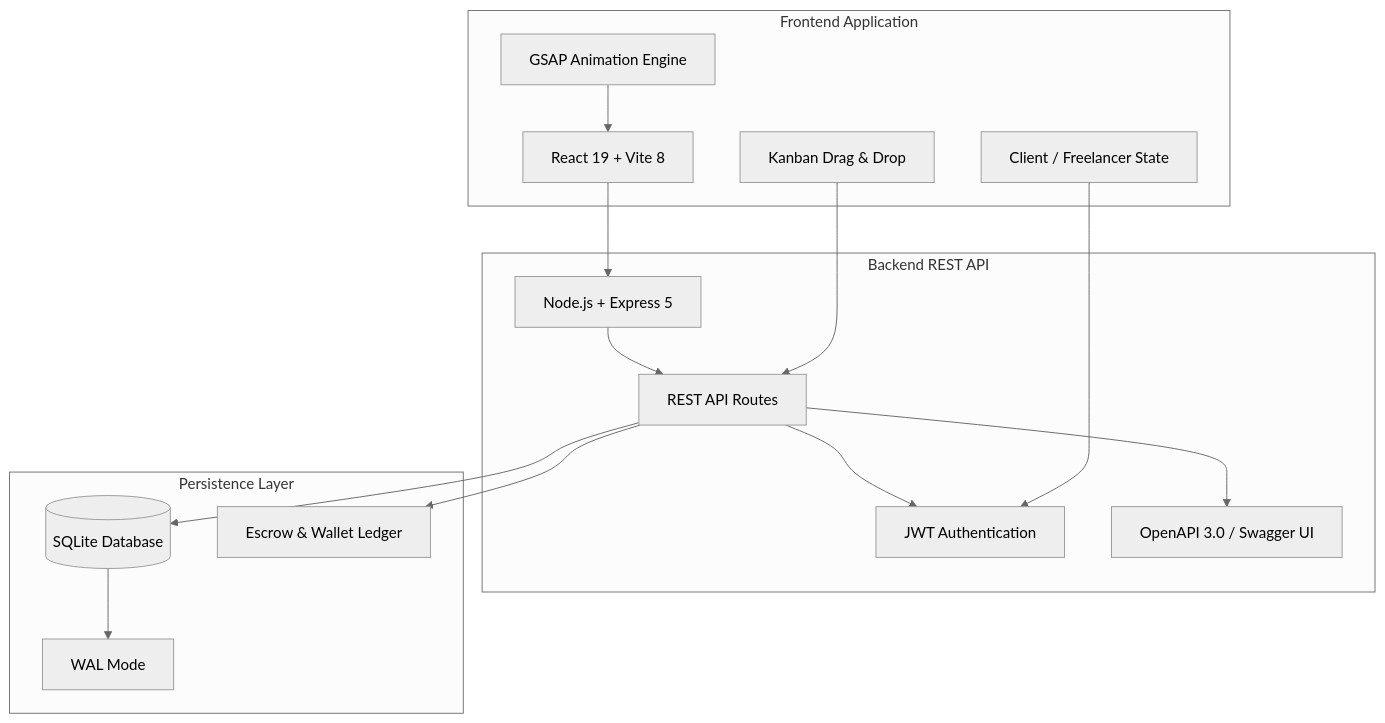
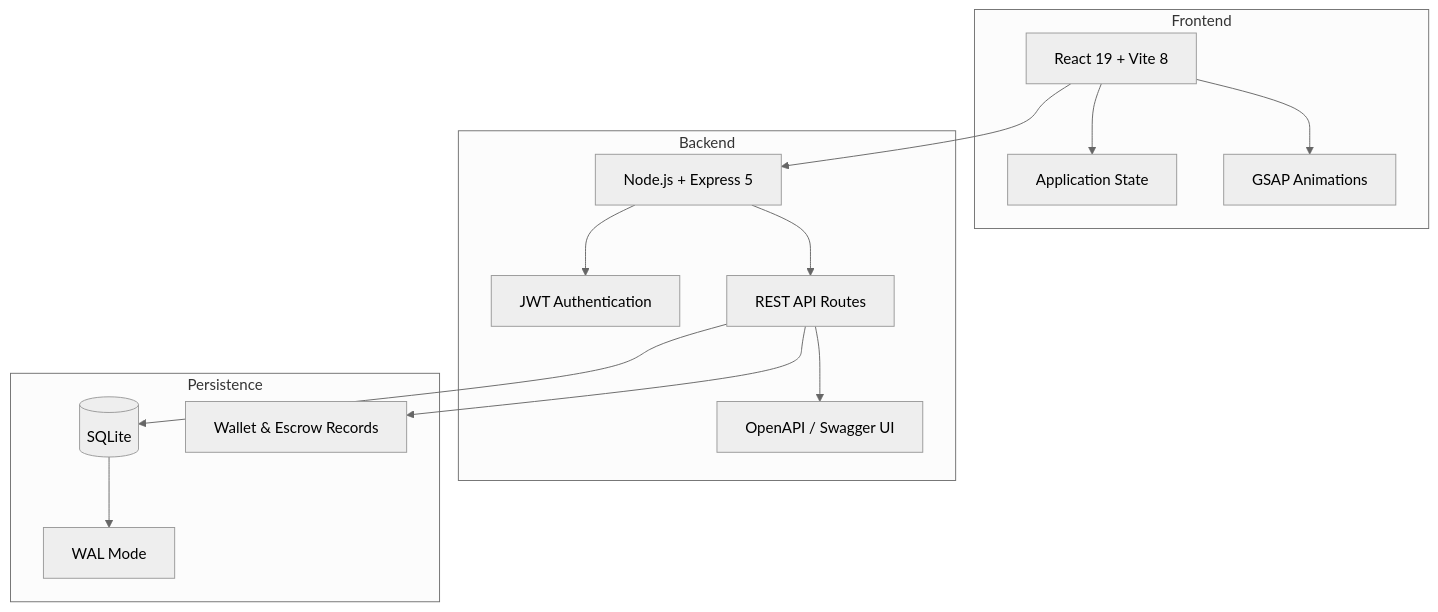
Before and after one commit to rasesh13/freelance-project-axlero: the diagram in README.md, drawn with Mermaid (neutral theme). The commit also changed other lines of this file, not shown here.

````diff
--- a/README.md
+++ b/README.md
@@ -227,33 +212,31 @@
 ```mermaid
 flowchart TB
-    subgraph CLIENT["Frontend Application"]
+    subgraph CLIENT["Frontend"]
         UI["React 19 + Vite 8"]
-        GSAP["GSAP Animation Engine"]
-        STATE["Client / Freelancer State"]
-        DND["Kanban Drag & Drop"]
+        STATE["Application State"]
+        MOTION["GSAP Animations"]
     end
 
-    subgraph API["Backend REST API"]
-        SERVER["Node.js + Express 5"]
+    subgraph SERVER["Backend"]
+        API["Node.js + Express 5"]
         AUTH["JWT Authentication"]
         ROUTES["REST API Routes"]
-        DOCS["OpenAPI 3.0 / Swagger UI"]
+        DOCS["OpenAPI / Swagger UI"]
     end
 
-    subgraph DATA["Persistence Layer"]
-        DB[("SQLite Database")]
+    subgraph DATA["Persistence"]
+        DB[("SQLite")]
         WAL["WAL Mode"]
-        LEDGER["Escrow & Wallet Ledger"]
+        LEDGER["Wallet & Escrow Records"]
     end
 
-    UI --> SERVER
-    GSAP --> UI
-    STATE --> AUTH
-    DND --> ROUTES
-    SERVER --> ROUTES
-    ROUTES --> AUTH
+    UI --> STATE
+    UI --> MOTION
+    UI --> API
+    API --> AUTH
+    API --> ROUTES
     ROUTES --> DOCS
     ROUTES --> DB
     DB --> WAL
     ROUTES --> LEDGER
 ```
````
